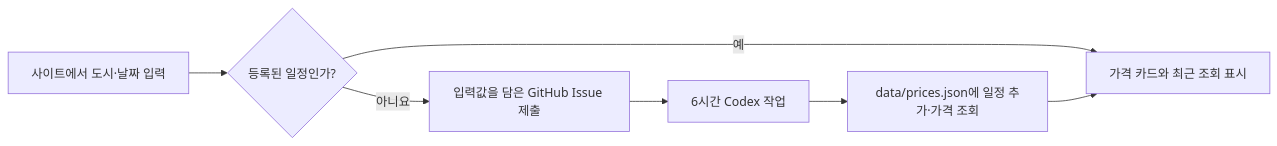
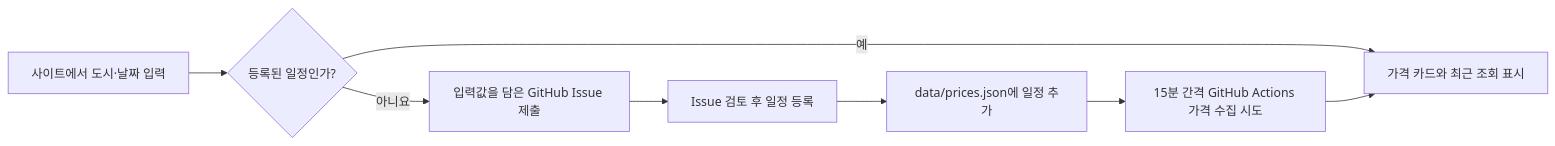
One commit to GagulProject/flight-price-tracker changed the diagram in docs/projects/flight-price-tracker/plan.md. Above: the diagram before and after it, drawn with Mermaid. The commit also changed other lines of this file and 10 other files, not shown here.

````diff
--- a/docs/projects/flight-price-tracker/plan.md
+++ b/docs/projects/flight-price-tracker/plan.md
@@ -3,9 +3,10 @@
 ```mermaid
 flowchart LR
   A[사이트에서 도시·날짜 입력] --> B{등록된 일정인가?}
   B -->|예| C[가격 카드와 최근 조회 표시]
   B -->|아니요| D[입력값을 담은 GitHub Issue 제출]
-  D --> E[6시간 Codex 작업]
-  E --> F[data/prices.json에 일정 추가·가격 조회]
-  F --> C
+  D --> E[Issue 검토 후 일정 등록]
+  E --> F[data/prices.json에 일정 추가]
+  F --> G[15분 간격 GitHub Actions 가격 수집 시도]
+  G --> C
 ```
````
